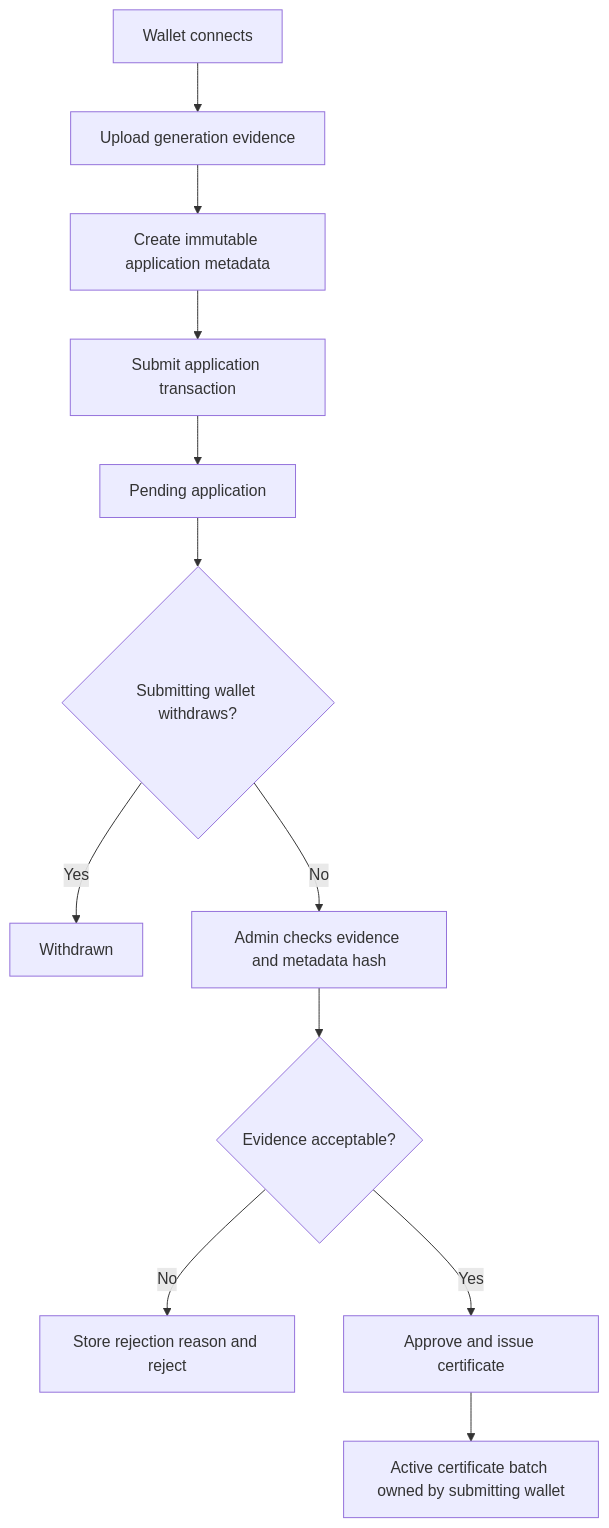
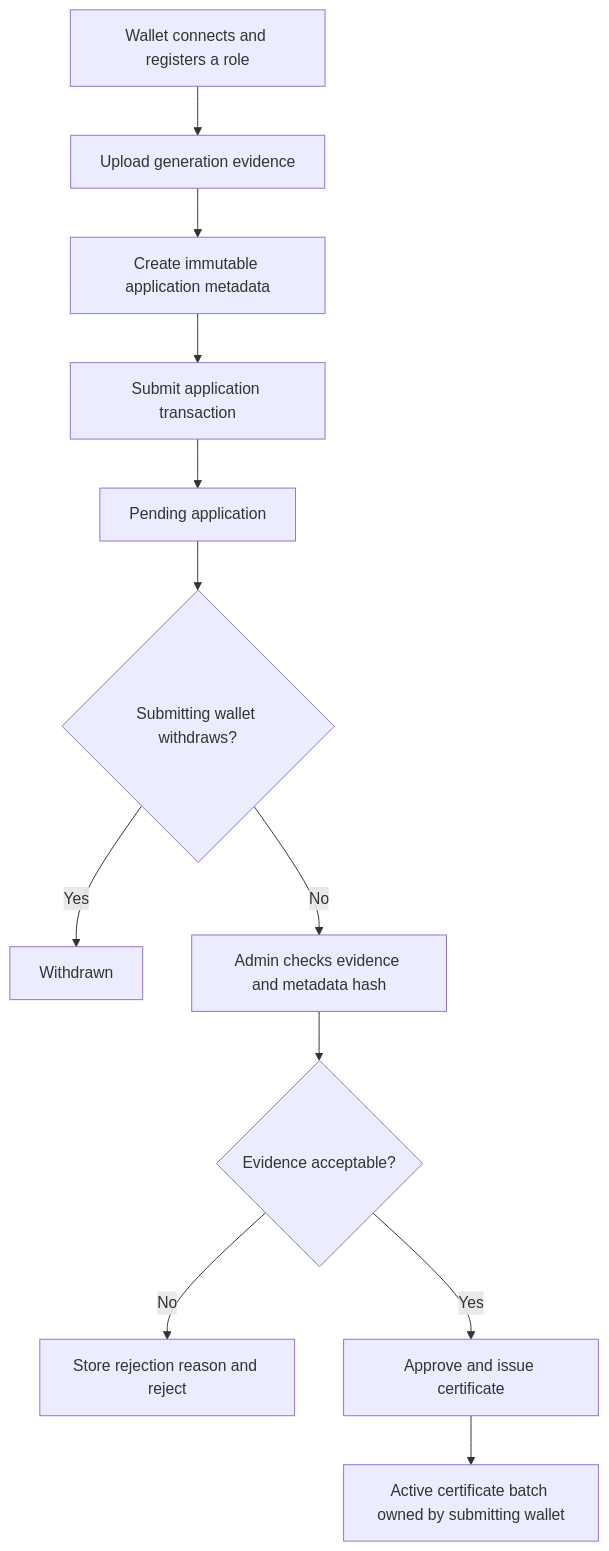
The third of 6 diagrams in docs/development/02-architecture-flow.md (chuansao258-888/Greencert), drawn with Mermaid before and after one commit. The commit also changed other lines of this file and 18 other files, not shown here.

````diff
--- a/docs/development/02-architecture-flow.md
+++ b/docs/development/02-architecture-flow.md
@@ -61,14 +61,14 @@
 ```mermaid
 flowchart TD
-    A[Wallet connects] --> C[Upload generation evidence]
+    A[Wallet connects and registers a role] --> C[Upload generation evidence]
     C --> D[Create immutable application metadata]
     D --> E[Submit application transaction]
     E --> F[Pending application]
     F --> G{Submitting wallet withdraws?}
     G -->|Yes| H[Withdrawn]
     G -->|No| I[Admin checks evidence and metadata hash]
     I --> J{Evidence acceptable?}
     J -->|No| K[Store rejection reason and reject]
     J -->|Yes| L[Approve and issue certificate]
     L --> M[Active certificate batch owned by submitting wallet]
 ```
````
